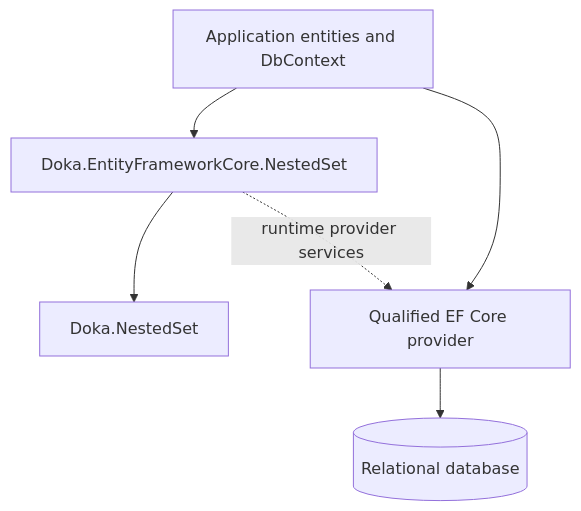
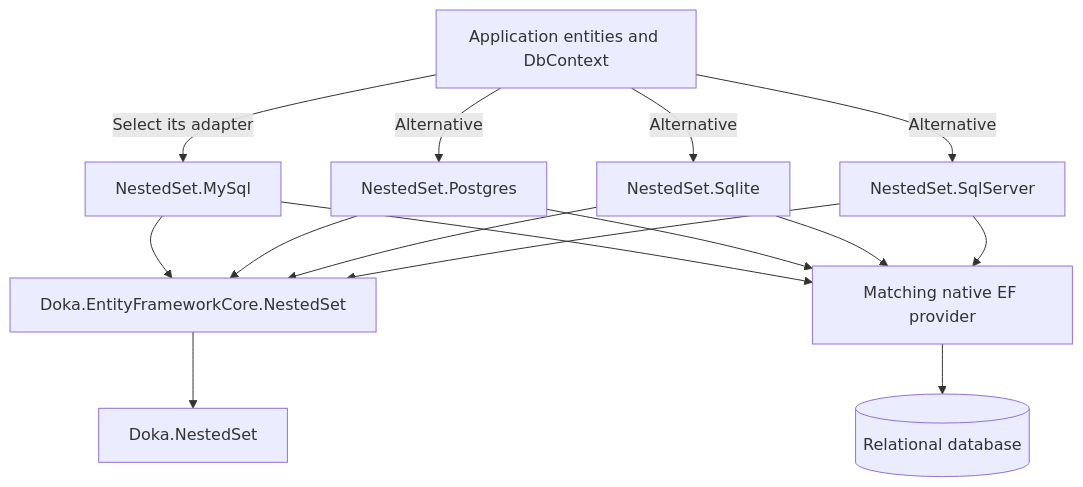
The first of 12 diagrams in docs/implementation-design.md (doka-labs/Doka.EntityFrameworkCore.NestedSet), drawn with Mermaid before and after one commit. The commit also changed other lines of this file and 1124 other files, not shown here.

````diff
--- a/docs/implementation-design.md
+++ b/docs/implementation-design.md
@@ -9,14 +10,27 @@
 ```mermaid
 flowchart TB
     App[Application entities and DbContext]
-    Core[Doka.NestedSet]
+    Pure[Doka.NestedSet]
     EF[Doka.EntityFrameworkCore.NestedSet]
-    Provider[Qualified EF Core provider]
+    MySql[NestedSet.MySql]
+    Postgres[NestedSet.Postgres]
+    Sqlite[NestedSet.Sqlite]
+    SqlServer[NestedSet.SqlServer]
+    Native[Matching native EF provider]
     DB[(Relational database)]
 
-    App --> EF
-    App --> Provider
-    EF --> Core
-    EF -.->|runtime provider services| Provider
-    Provider --> DB
+    App -->|Select its adapter| MySql
+    App -->|Alternative| Postgres
+    App -->|Alternative| Sqlite
+    App -->|Alternative| SqlServer
+    MySql --> EF
+    Postgres --> EF
+    Sqlite --> EF
+    SqlServer --> EF
+    EF --> Pure
+    MySql --> Native
+    Postgres --> Native
+    Sqlite --> Native
+    SqlServer --> Native
+    Native --> DB
 ```
````
